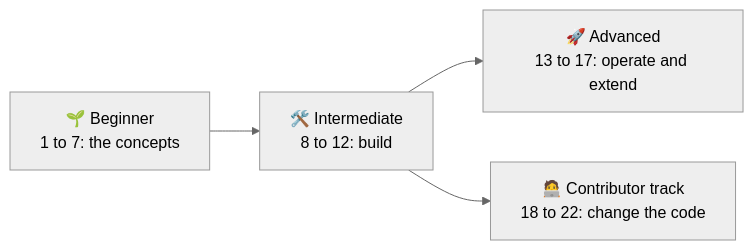
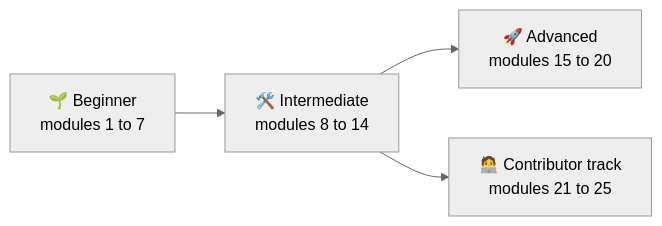
One commit to ThaminduDilshan/thunderid-crash-course changed the diagram in docs/intro.mdx. Above: the diagram before and after it, drawn with Mermaid (neutral theme). The commit also changed other lines of this file and 65 other files, not shown here.

````diff
--- a/docs/intro.mdx
+++ b/docs/intro.mdx
@@ -27,6 +28,6 @@
 ```mermaid
 flowchart LR
-  B["🌱 Beginner<br/>1 to 7: the concepts"] --> I["🛠️ Intermediate<br/>8 to 12: build"]
-  I --> A["🚀 Advanced<br/>13 to 17: operate and extend"]
-  I --> C["🧑‍💻 Contributor track<br/>18 to 22: change the code"]
+  B["🌱 Beginner<br/>modules 1 to 7"] --> I["🛠️ Intermediate<br/>modules 8 to 14"]
+  I --> A["🚀 Advanced<br/>modules 15 to 20"]
+  I --> C["🧑‍💻 Contributor track<br/>modules 21 to 25"]
 ```
````
